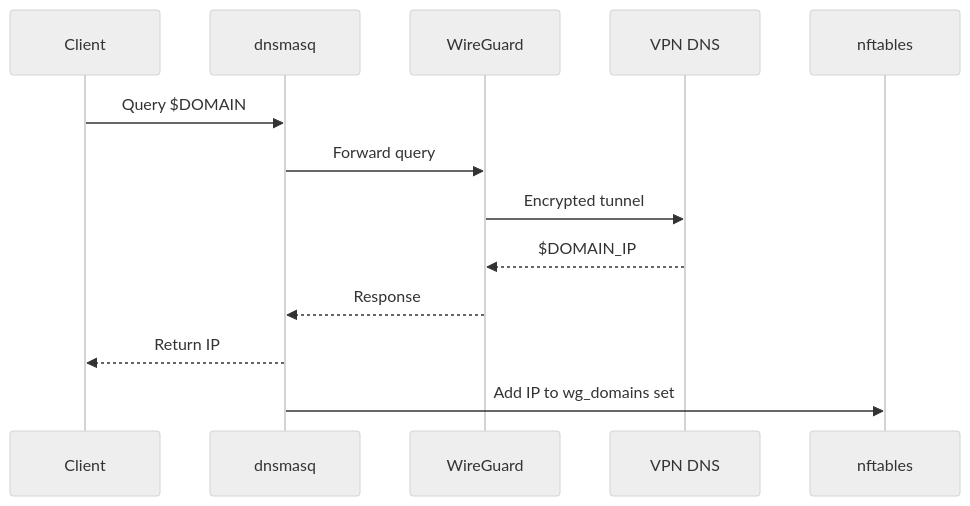
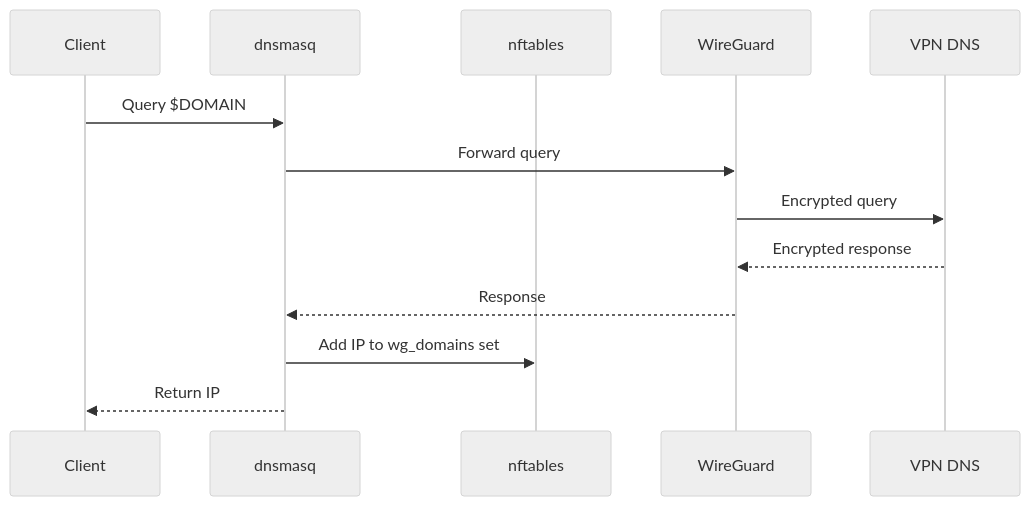
Before and after one commit to starsandmanifolds/starsandmanifolds.xyz: the first of 2 diagrams in src/content/blog/2025-12-31-domain-based-split-tunneling-using-wireguard.md, drawn with Mermaid (neutral theme). The commit also changed other lines of this file and 1 other file, not shown here.

Commit message:
fix: update color scheme in app.css and improve sequence diagram clarity in WireGuard documentation

````diff
--- a/src/content/blog/2025-12-31-domain-based-split-tunneling-using-wireguard.md
+++ b/src/content/blog/2025-12-31-domain-based-split-tunneling-using-wireguard.md
@@ -97,16 +97,16 @@
 ```mermaid
 sequenceDiagram
     participant Client
     participant dnsmasq
+    participant nftables
     participant WireGuard
     participant VPN DNS
-    participant nftables
 
     Client->>dnsmasq: Query $DOMAIN
     dnsmasq->>WireGuard: Forward query
-    WireGuard->>VPN DNS: Encrypted tunnel
-    VPN DNS-->>WireGuard: $DOMAIN_IP
+    WireGuard->>VPN DNS: Encrypted query
+    VPN DNS-->>WireGuard: Encrypted response
     WireGuard-->>dnsmasq: Response
+    dnsmasq->>nftables: Add IP to wg_domains set
     dnsmasq-->>Client: Return IP
-    dnsmasq->>nftables: Add IP to wg_domains set
 ```
````
